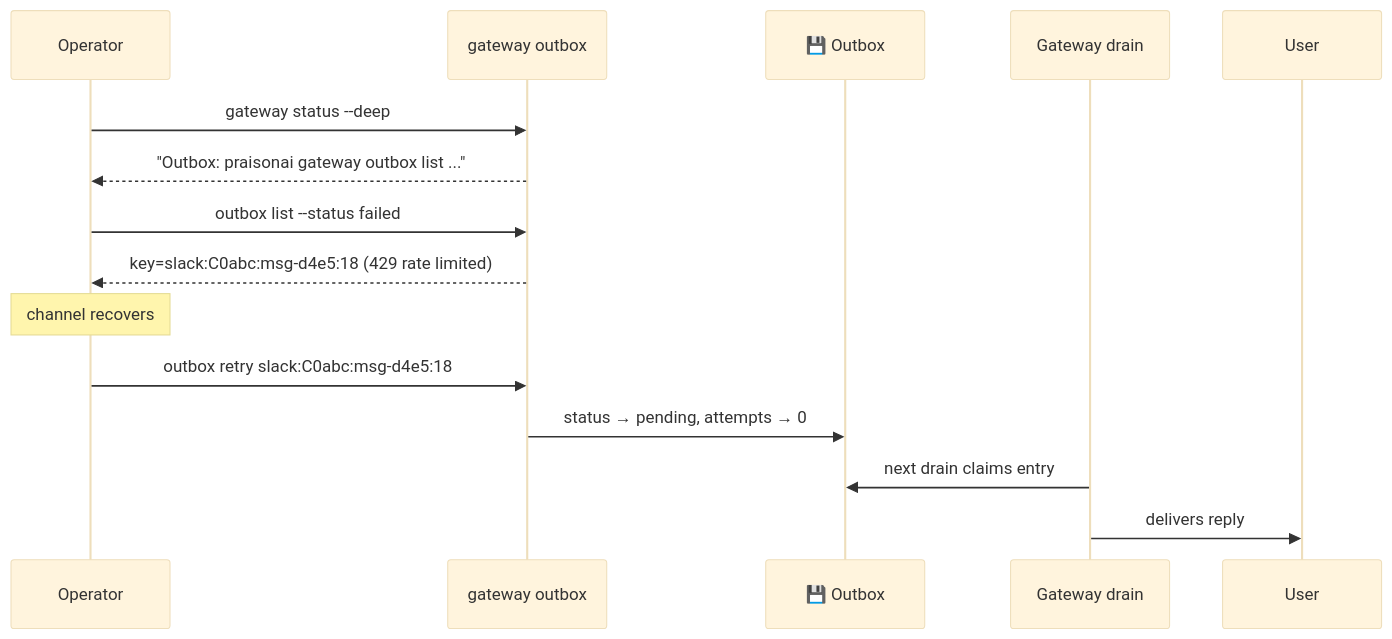
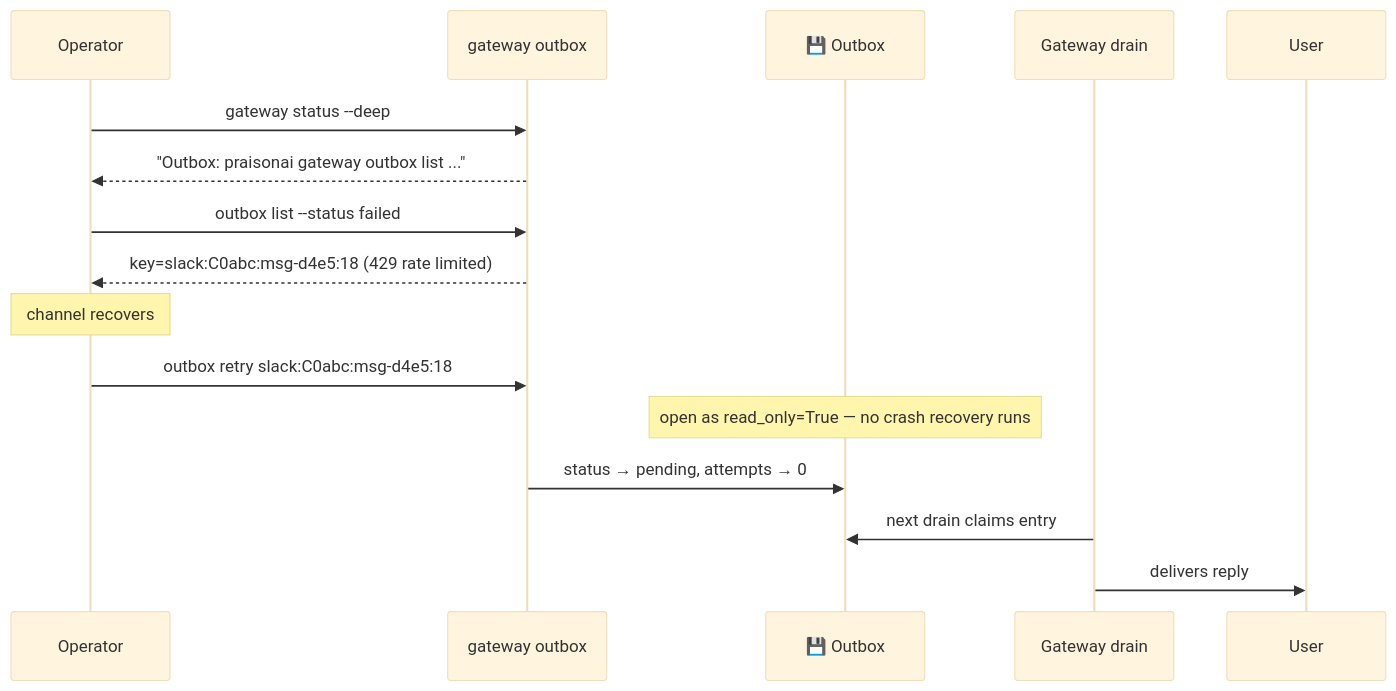
The second of 3 diagrams in docs/features/outbox-operator-cli.mdx (MervinPraison/PraisonAIDocs), drawn with Mermaid (base theme) before and after one commit. The commit also changed other lines of this file, not shown here.

Commit message:
fix: document read_only opens for outbox retry/purge CLI (fixes #4655)

````diff
--- a/docs/features/outbox-operator-cli.mdx
+++ b/docs/features/outbox-operator-cli.mdx
@@ -67,18 +67,19 @@
 ```mermaid
 sequenceDiagram
     participant Operator
     participant CLI as gateway outbox
     participant Outbox as 💾 Outbox
     participant Drain as Gateway drain
     participant User
 
     Operator->>CLI: gateway status --deep
     CLI-->>Operator: "Outbox: praisonai gateway outbox list ..."
     Operator->>CLI: outbox list --status failed
     CLI-->>Operator: key=slack:C0abc:msg-d4e5:18 (429 rate limited)
     Note over Operator: channel recovers
     Operator->>CLI: outbox retry slack:C0abc:msg-d4e5:18
+    Note over Outbox: open as read_only=True — no crash recovery runs
     CLI->>Outbox: status → pending, attempts → 0
     Drain->>Outbox: next drain claims entry
     Drain->>User: delivers reply
 ```
````
